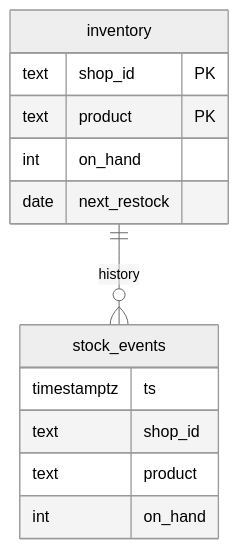
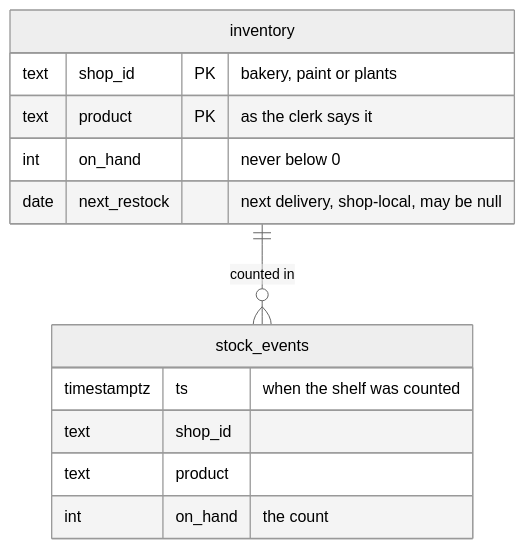
Before and after one commit to SergioB03/Peripie: the second of 2 diagrams in docs/data-model.md, drawn with Mermaid (neutral theme). The commit also changed other lines of this file and 4 other files, not shown here.

First line of the commit message:
Docs: the four diagrams retold as people and places, verified against the code

````diff
--- a/docs/data-model.md
+++ b/docs/data-model.md
@@ -5,16 +83,16 @@
 ```mermaid
 erDiagram
-    inventory ||--o{ stock_events : history
+    inventory ||--o{ stock_events : "counted in"
     inventory {
-        text shop_id PK
-        text product PK
-        int on_hand
-        date next_restock
+        text shop_id PK "bakery, paint or plants"
+        text product PK "as the clerk says it"
+        int on_hand "never below 0"
+        date next_restock "next delivery, shop-local, may be null"
     }
     stock_events {
-        timestamptz ts
+        timestamptz ts "when the shelf was counted"
         text shop_id
         text product
-        int on_hand
+        int on_hand "the count"
     }
 ```
````
